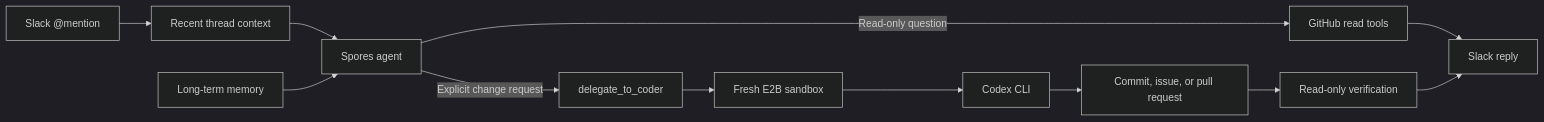
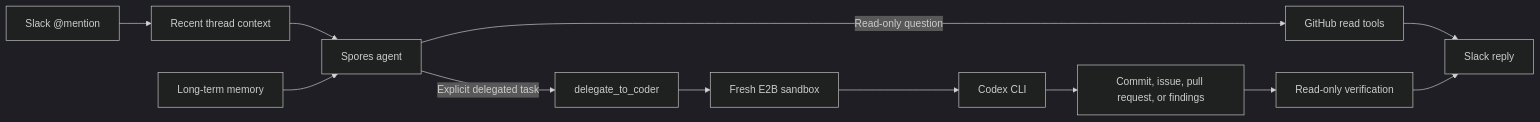
The diagram in README.md (hetsaraiya/spores), drawn with Mermaid (dark theme) before and after one commit. The commit also changed other lines of this file and 5 other files, not shown here.

````diff
--- a/README.md
+++ b/README.md
@@ -32,14 +34,14 @@
 ```mermaid
 flowchart LR
     Slack["Slack @mention"] --> Context["Recent thread context"]
     Context --> Agent["Spores agent"]
     Memory["Long-term memory"] --> Agent
     Agent -->|Read-only question| GitHub["GitHub read tools"]
-    Agent -->|Explicit change request| Delegate["delegate_to_coder"]
+    Agent -->|Explicit delegated task| Delegate["delegate_to_coder"]
     Delegate --> Sandbox["Fresh E2B sandbox"]
     Sandbox --> Codex["Codex CLI"]
-    Codex --> PR["Commit, issue, or pull request"]
+    Codex --> PR["Commit, issue, pull request, or findings"]
     PR --> Verify["Read-only verification"]
     GitHub --> Reply["Slack reply"]
     Verify --> Reply
 ```
````
